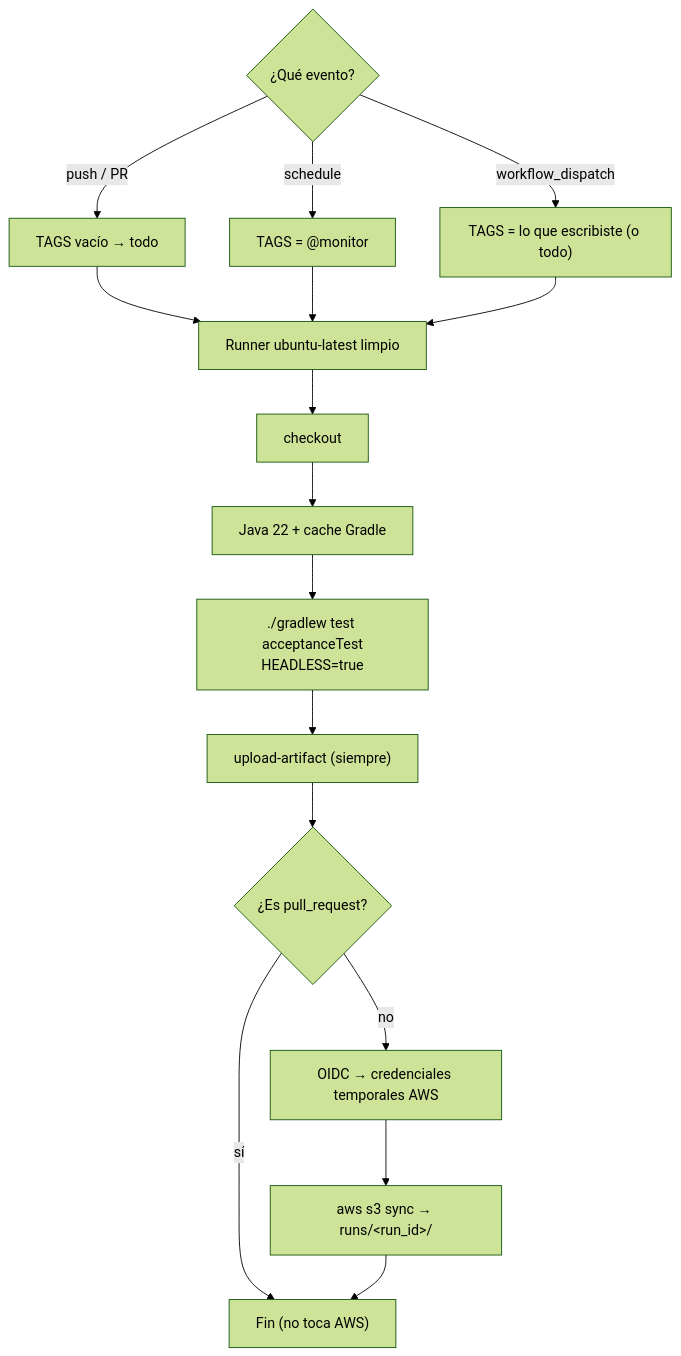
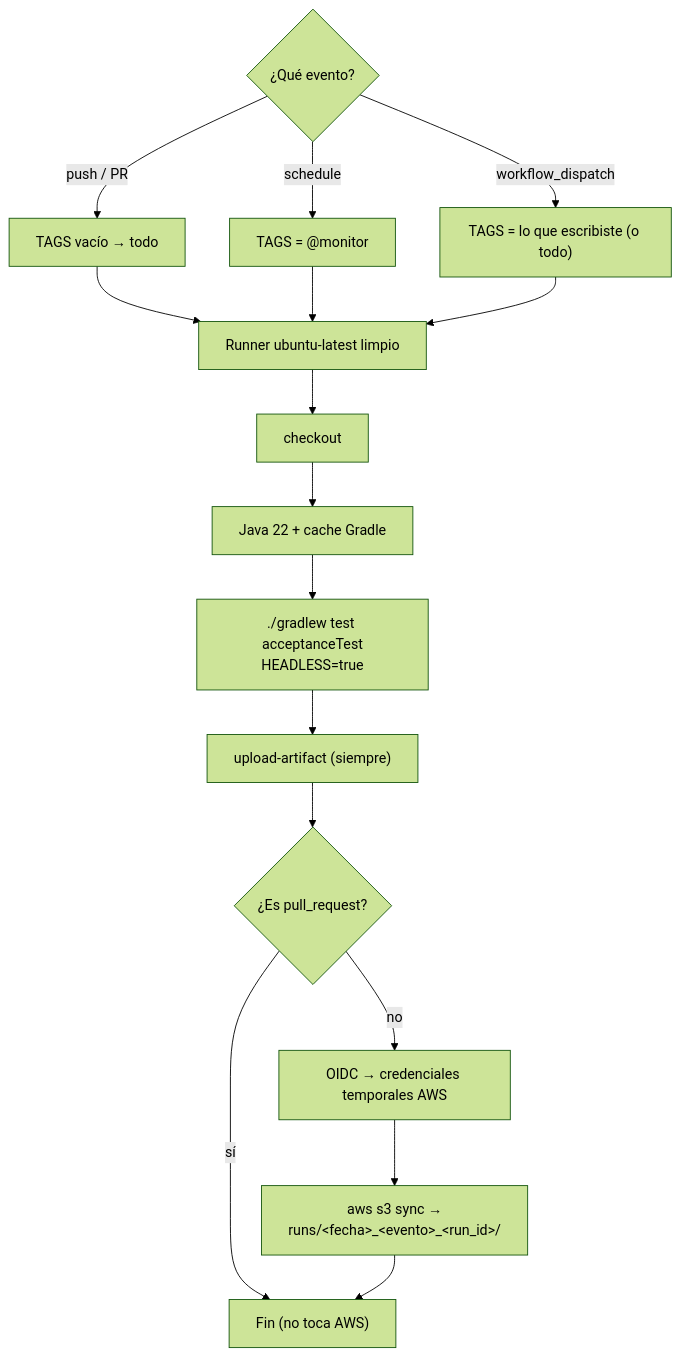
Before and after one commit to millerpaez/sentinel-Framework: the second of 3 diagrams in README.md, drawn with Mermaid (forest theme). The commit also changed other lines of this file and 1 other file, not shown here.

````diff
--- a/README.md
+++ b/README.md
@@ -514,15 +567,15 @@
 ```mermaid
 flowchart TD
     E{"¿Qué evento?"} -->|push / PR| ALL["TAGS vacío → todo"]
     E -->|schedule| MON["TAGS = @monitor"]
     E -->|workflow_dispatch| IN["TAGS = lo que escribiste (o todo)"]
     ALL --> R
     MON --> R
     IN --> R
     R["Runner ubuntu-latest limpio"] --> S1["checkout"] --> S2["Java 22 + cache Gradle"]
     S2 --> S3["./gradlew test acceptanceTest<br/>HEADLESS=true"]
     S3 --> S4["upload-artifact (siempre)"]
     S4 --> P{"¿Es pull_request?"}
     P -->|sí| END["Fin (no toca AWS)"]
-    P -->|no| S5["OIDC → credenciales temporales AWS"] --> S6["aws s3 sync → runs/&lt;run_id&gt;/"] --> END
+    P -->|no| S5["OIDC → credenciales temporales AWS"] --> S6["aws s3 sync →<br/>runs/&lt;fecha&gt;_&lt;evento&gt;_&lt;run_id&gt;/"] --> END
 ```
````
